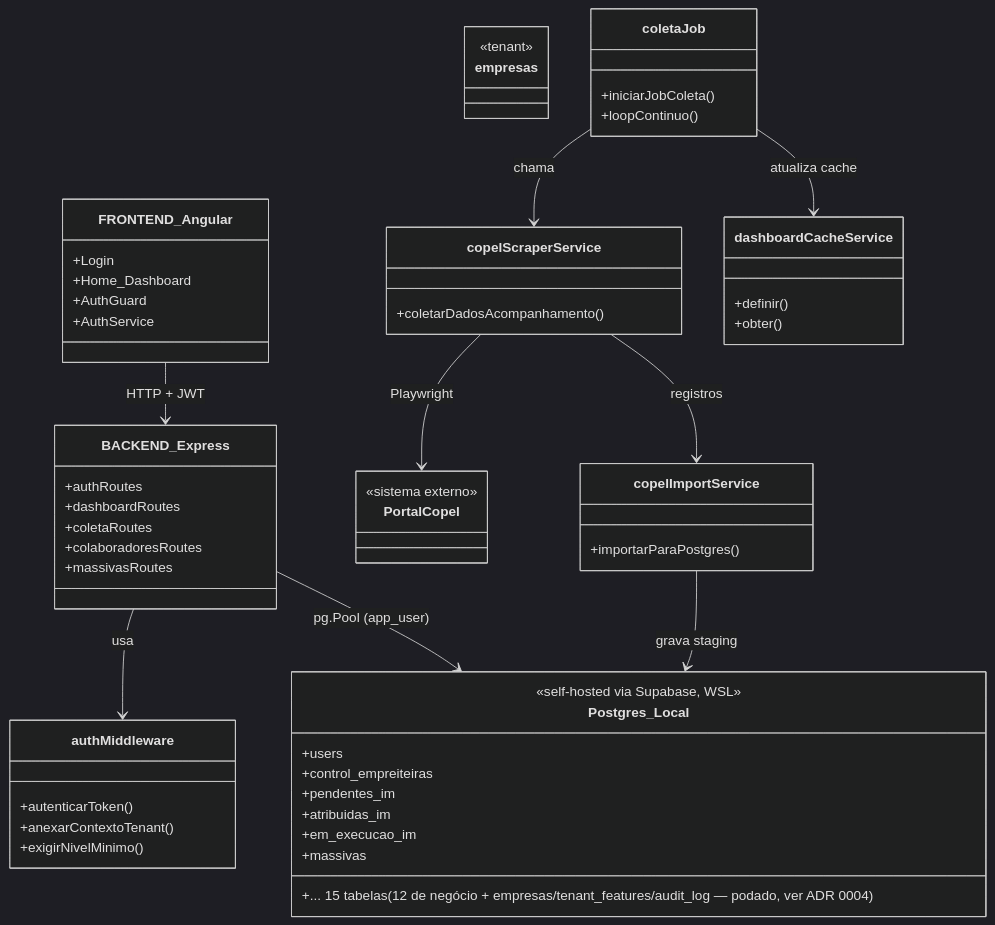
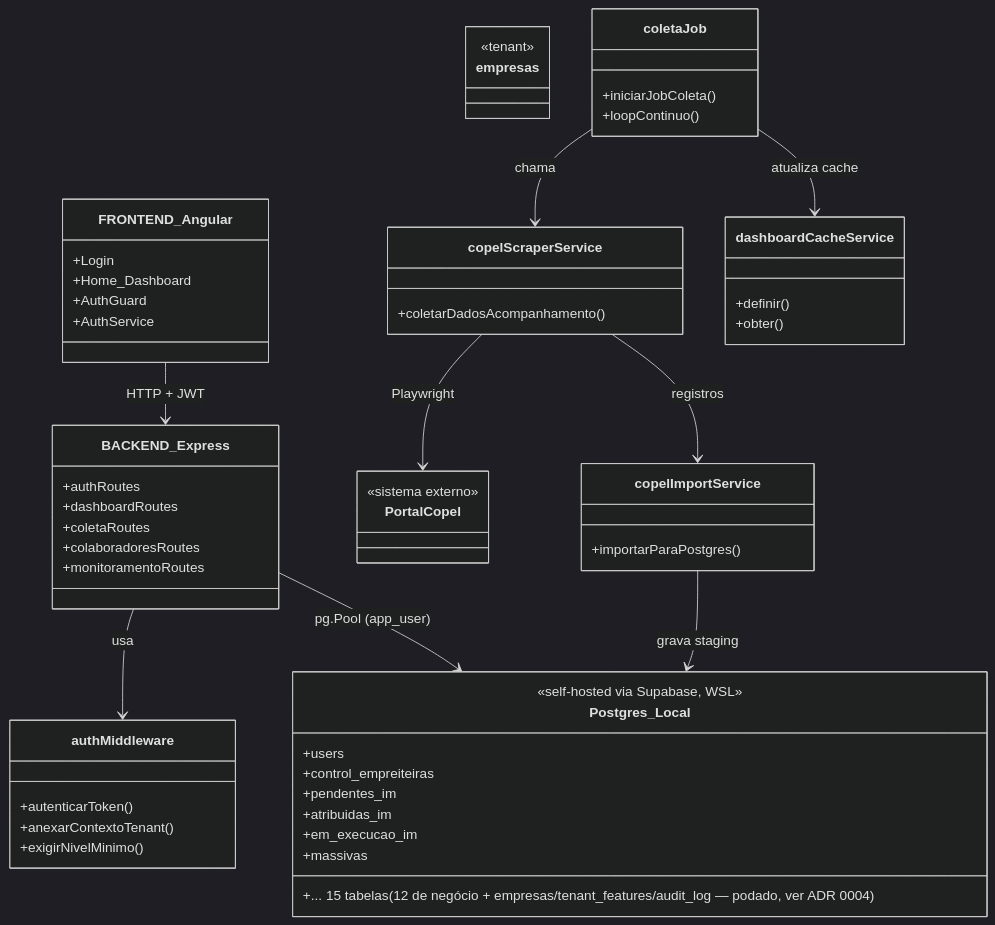
Before and after one commit to codexatechinfo/eye_of_god: the first of 2 diagrams in docs/ARQUITETURA.md, drawn with Mermaid (dark theme). The commit also changed other lines of this file and 18 other files, not shown here.

First line of the commit message:
refactor: renomeia arquivos massivas* para monitoramento*

````diff
--- a/docs/ARQUITETURA.md
+++ b/docs/ARQUITETURA.md
@@ -16,60 +16,60 @@
 ```mermaid
 classDiagram
   class FRONTEND_Angular {
     +Login
     +Home_Dashboard
     +AuthGuard
     +AuthService
   }
   class BACKEND_Express {
     +authRoutes
     +dashboardRoutes
     +coletaRoutes
     +colaboradoresRoutes
-    +massivasRoutes
+    +monitoramentoRoutes
   }
   class authMiddleware {
     +autenticarToken()
     +anexarContextoTenant()
     +exigirNivelMinimo()
   }
   class empresas {
     <<tenant>>
   }
   class coletaJob {
     +iniciarJobColeta()
     +loopContinuo()
   }
   class copelScraperService {
     +coletarDadosAcompanhamento()
   }
   class copelImportService {
     +importarParaPostgres()
   }
   class dashboardCacheService {
     +definir()
     +obter()
   }
   class PortalCopel {
     <<sistema externo>>
   }
   class Postgres_Local {
     <<self-hosted via Supabase, WSL>>
     +users
     +control_empreiteiras
     +pendentes_im
     +atribuidas_im
     +em_execucao_im
     +massivas
     +... 15 tabelas (12 de negócio + empresas/tenant_features/audit_log — podado, ver ADR 0004)
   }
 
   FRONTEND_Angular --> BACKEND_Express : HTTP + JWT
   BACKEND_Express --> authMiddleware : usa
   BACKEND_Express --> Postgres_Local : pg.Pool (app_user)
   coletaJob --> copelScraperService : chama
   copelScraperService --> PortalCopel : Playwright
   copelScraperService --> copelImportService : registros
   copelImportService --> Postgres_Local : grava staging
   coletaJob --> dashboardCacheService : atualiza cache
 ```
````
